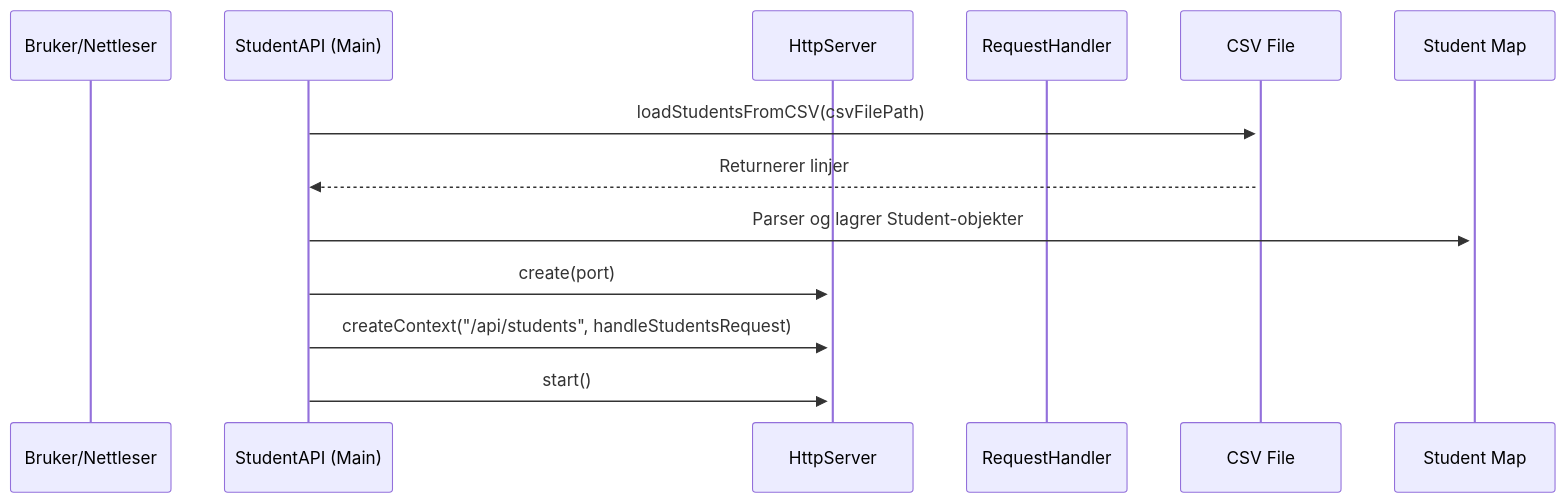
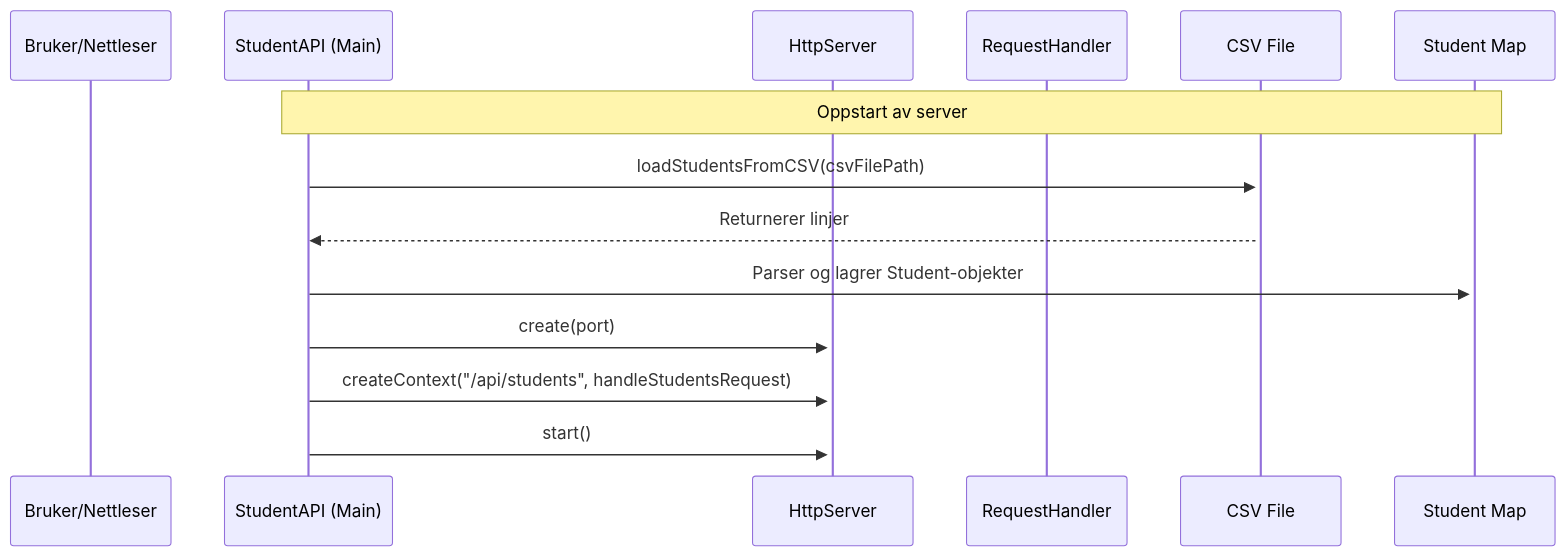
Before and after one commit to digitnow/data1500-lecture-02: the diagram in seqdiagr/test-mermaid.md, drawn with Mermaid.

Commit message:
testing 9

````diff
--- a/seqdiagr/test-mermaid.md
+++ b/seqdiagr/test-mermaid.md
@@ -3,16 +3,17 @@
 ```mermaid
 sequenceDiagram
     participant User as Bruker/Nettleser
     participant Main as StudentAPI (Main)
     participant Server as HttpServer
     participant Handler as RequestHandler
     participant CSV as CSV File
     participant Map as Student Map
 
+    Note over Main, Map: Oppstart av server
     Main->>+CSV: loadStudentsFromCSV(csvFilePath)
     CSV-->>Main: Returnerer linjer
     Main->>+Map: Parser og lagrer Student-objekter
     Main->>+Server: create(port)
     Main->>Server: createContext("/api/students", handleStudentsRequest)
     Main->>Server: start()
 ```
````
